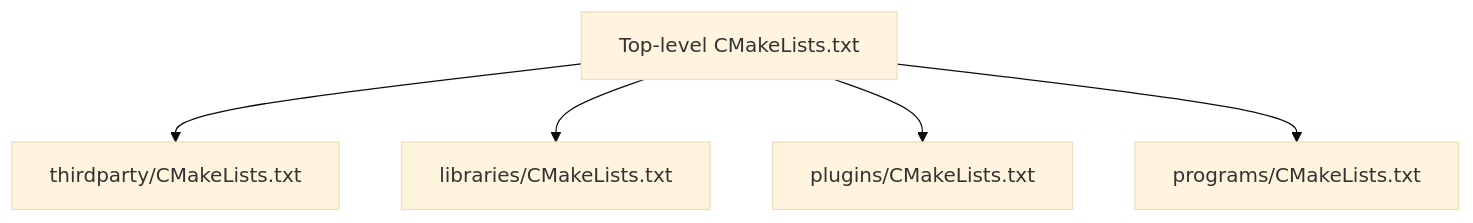
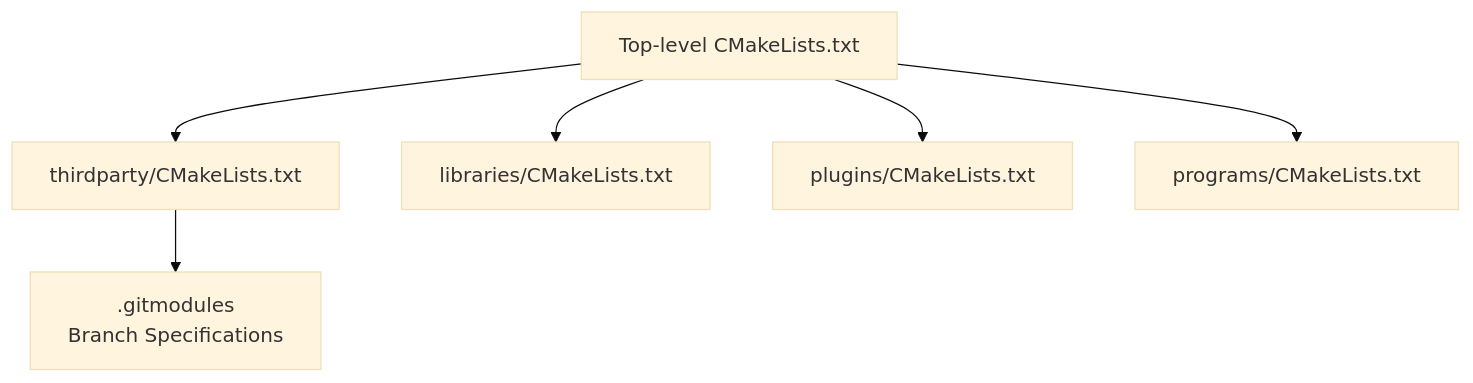
One commit to VIZ-Blockchain/viz-cpp-node changed the first of 3 diagrams in .qoder/repowiki/en/content/Configuration Management/Build Configuration.md. Above: the diagram before and after it, drawn with Mermaid (base theme). The commit also changed other lines of this file and 7 other files, not shown here.

````diff
--- a/.qoder/repowiki/en/content/Configuration Management/Build Configuration.md
+++ b/.qoder/repowiki/en/content/Configuration Management/Build Configuration.md
@@ -42,12 +56,14 @@
 ```mermaid
 graph TB
 Root["Top-level CMakeLists.txt"]
 TP["thirdparty/CMakeLists.txt"]
 LIB["libraries/CMakeLists.txt"]
 PLG["plugins/CMakeLists.txt"]
 PRG["programs/CMakeLists.txt"]
+Submods[".gitmodules<br/>Branch Specifications"]
 Root --> TP
 Root --> LIB
 Root --> PLG
 Root --> PRG
+TP --> Submods
 ```
````
